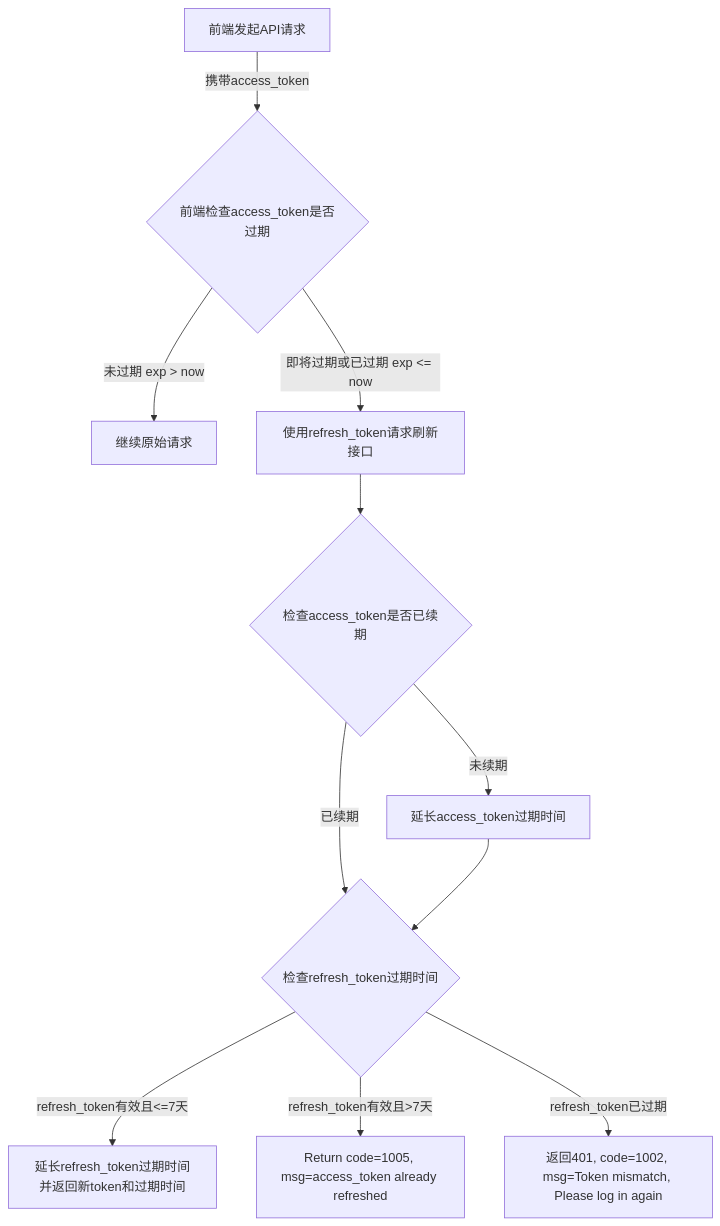
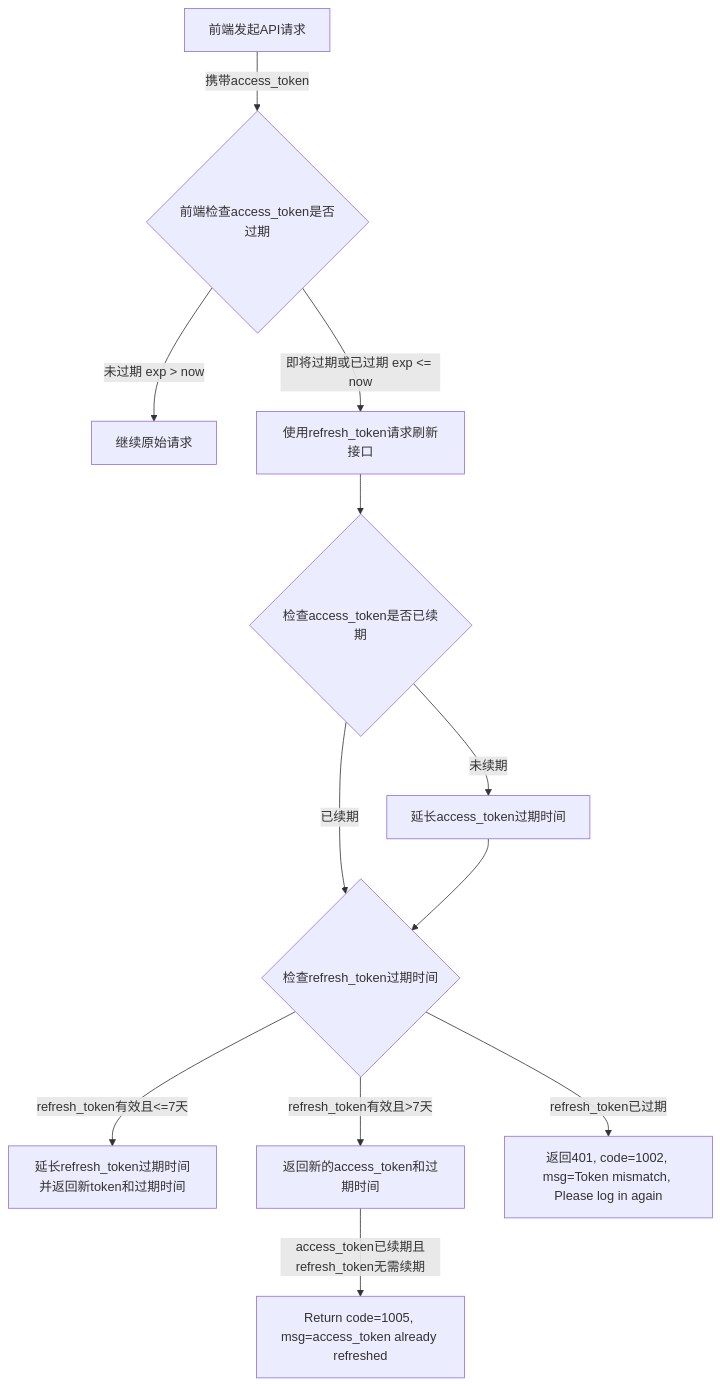
Before and after one commit to yingjianzh/iodraw-files: the diagram in all/openAPI-17.md, drawn with Mermaid.

Commit message:
2025-01-08 18:32:18 update

````diff
--- a/all/openAPI-17.md
+++ b/all/openAPI-17.md
@@ -1,13 +1,14 @@
 ```mermaid
 flowchart TD
     A[前端发起API请求] -->|携带access_token| B{前端检查access_token是否过期}
     B -->|未过期 exp > now| C[继续原始请求]
     B -->|即将过期或已过期 exp <= now| D[使用refresh_token请求刷新接口]
     D --> E{检查access_token是否已续期}
     E -->|已续期| F{检查refresh_token过期时间}
     E -->|未续期| G[延长access_token过期时间] --> F
     F -->|refresh_token有效且<=7天| H[延长refresh_token过期时间并返回新token和过期时间]
-    F -->|refresh_token有效且>7天| I[Return code=1005, msg=access_token already refreshed]
+    F -->|refresh_token有效且>7天| I[返回新的access_token和过期时间]
     F -->|refresh_token已过期| J[返回401, code=1002, msg=Token mismatch, Please log in again]
+    I -->|access_token已续期且refresh_token无需续期| K[Return code=1005, msg=access_token already refreshed]
 
 ```
````
